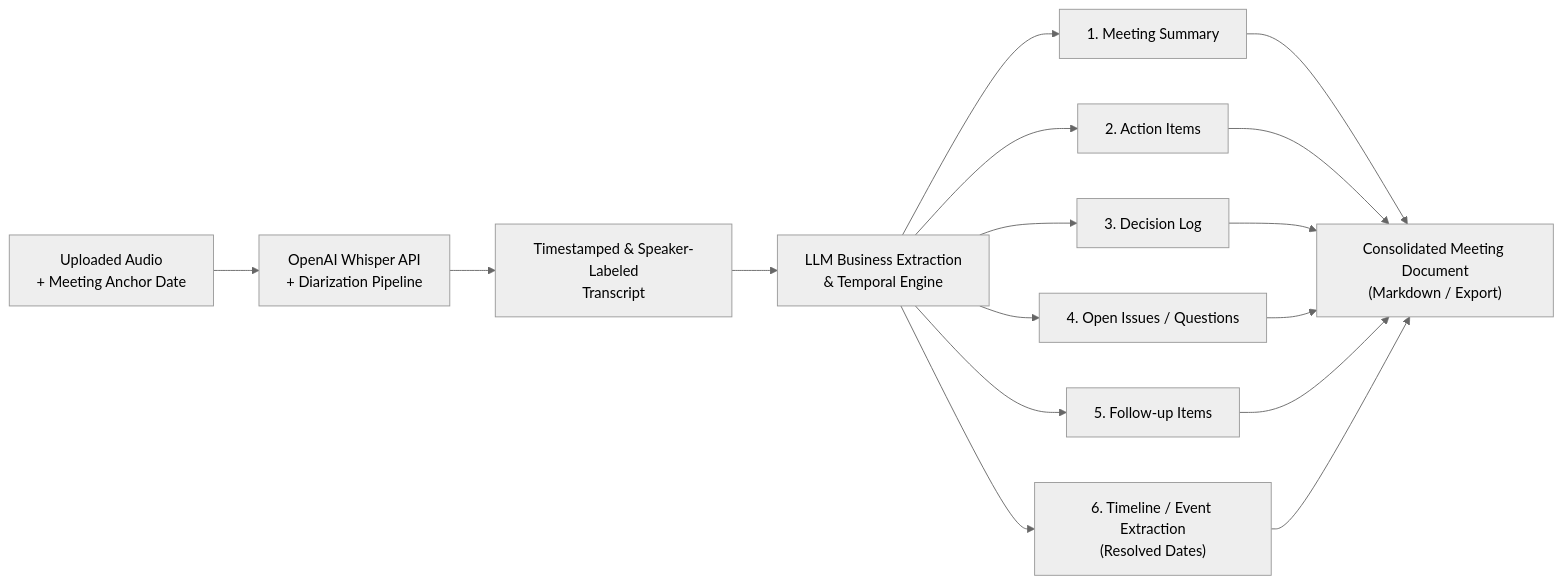
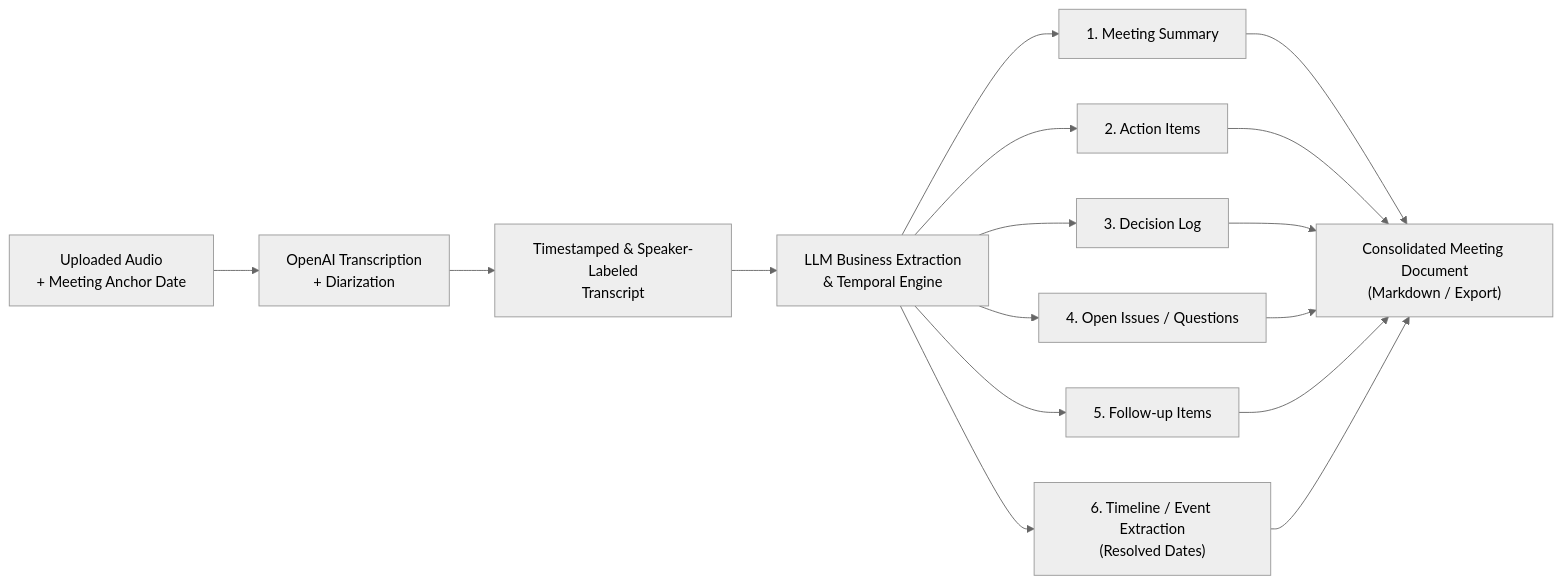
Before and after one commit to vietquang8071/se2026-t15: the diagram in docs/product-description.md, drawn with Mermaid (neutral theme). The commit also changed other lines of this file and 19 other files, not shown here.

Commit message:
Refactor audio to single-model diarization

````diff
--- a/docs/product-description.md
+++ b/docs/product-description.md
@@ -63,13 +65,13 @@
 ```mermaid
 flowchart LR
-    A["Uploaded Audio<br/>+ Meeting Anchor Date"] --> B["OpenAI Whisper API<br/>+ Diarization Pipeline"]
+    A["Uploaded Audio<br/>+ Meeting Anchor Date"] --> B["OpenAI Transcription<br/>+ Diarization"]
     B --> C["Timestamped & Speaker-Labeled<br/>Transcript"]
     C --> D["LLM Business Extraction<br/>& Temporal Engine"]
     D --> E1["1. Meeting Summary"]
     D --> E2["2. Action Items"]
     D --> E3["3. Decision Log"]
     D --> E4["4. Open Issues / Questions"]
     D --> E5["5. Follow-up Items"]
     D --> E6["6. Timeline / Event Extraction<br/>(Resolved Dates)"]
     E1 & E2 & E3 & E4 & E5 & E6 --> F["Consolidated Meeting Document<br/>(Markdown / Export)"]
 ```
````
